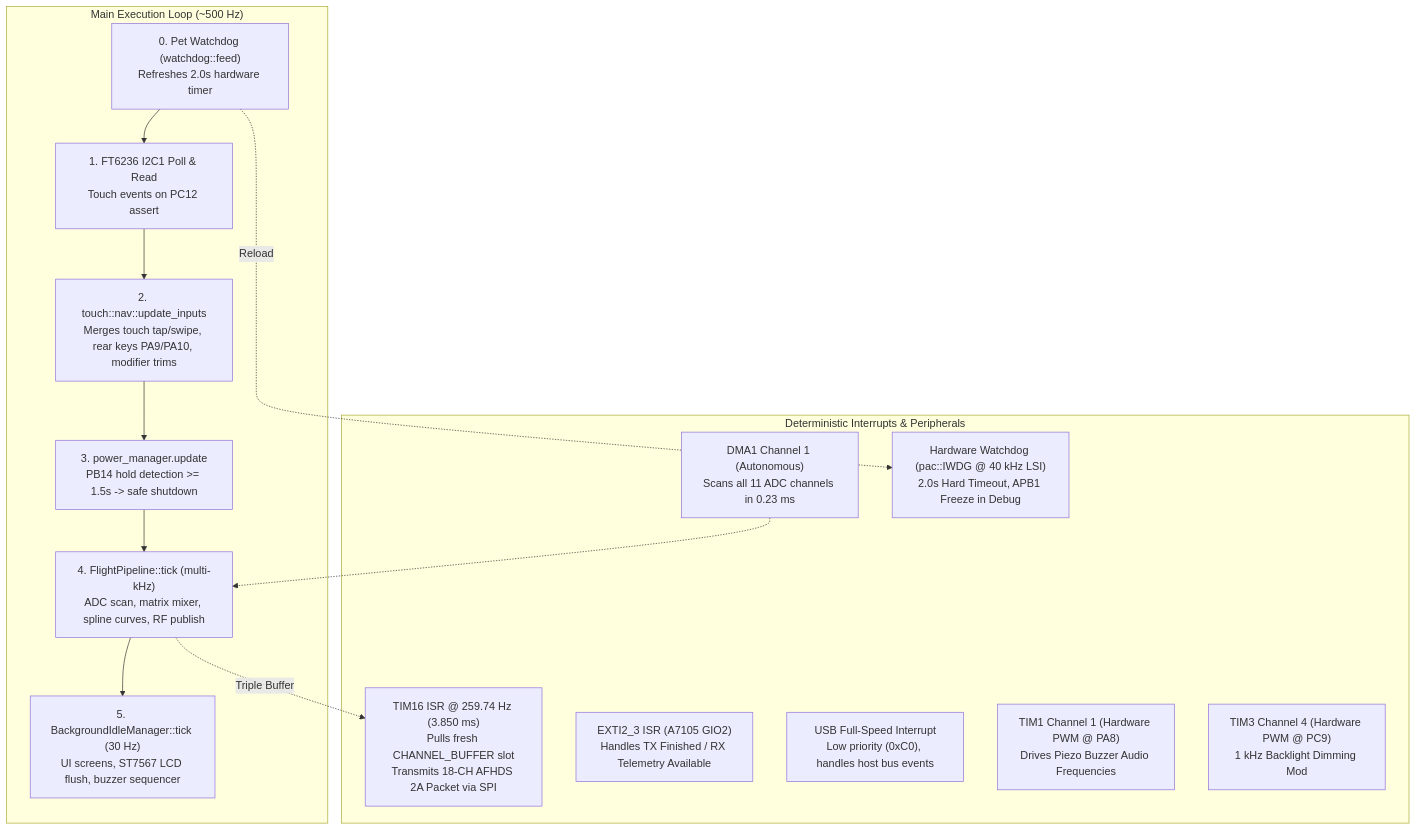
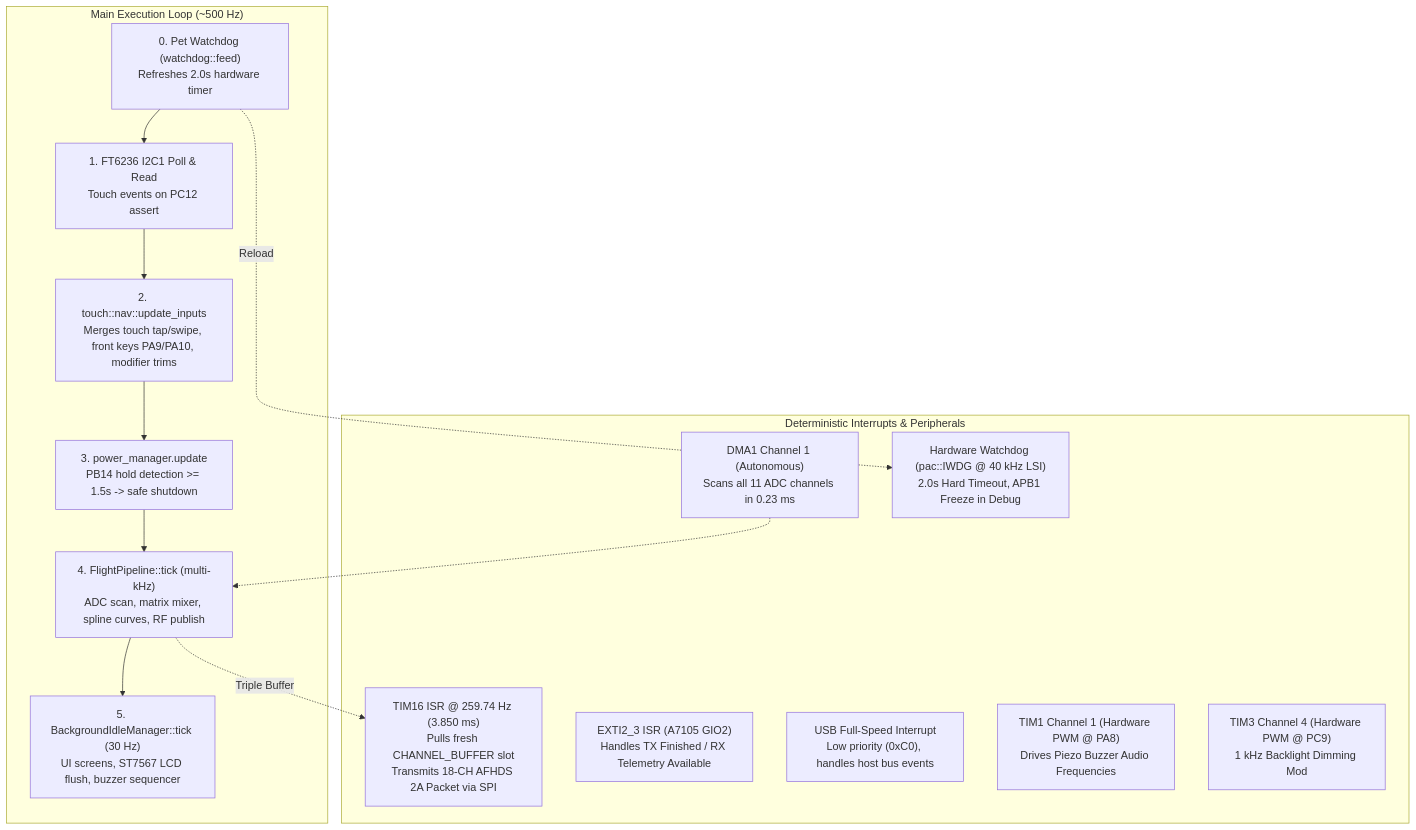
One commit to ferrox-rc/flysky-i6s-rs changed the first of 2 diagrams in docs/ARCHITECTURE.md. Above: the diagram before and after it, drawn with Mermaid. The commit also changed 8 other files, not shown here.

First line of the commit message:
feat(touch): gate touch_to_nav_keys behind valid touch samples and configure front buttons

````diff
--- a/docs/ARCHITECTURE.md
+++ b/docs/ARCHITECTURE.md
@@ -23,26 +23,26 @@
 ```mermaid
 flowchart TD
     subgraph Hardware_Timers ["Deterministic Interrupts & Peripherals"]
         TIM16["TIM16 ISR @ 259.74 Hz (3.850 ms)<br>Pulls fresh CHANNEL_BUFFER slot<br>Transmits 18-CH AFHDS 2A Packet via SPI"]
         EXTI["EXTI2_3 ISR (A7105 GIO2)<br>Handles TX Finished / RX Telemetry Available"]
         DMA["DMA1 Channel 1 (Autonomous)<br>Scans all 11 ADC channels in 0.23 ms"]
         USB_IRQ["USB Full-Speed Interrupt<br>Low priority (0xC0), handles host bus events"]
         PWM_Audio["TIM1 Channel 1 (Hardware PWM @ PA8)<br>Drives Piezo Buzzer Audio Frequencies"]
         PWM_BL["TIM3 Channel 4 (Hardware PWM @ PC9)<br>1 kHz Backlight Dimming Mod"]
         IWDG["Hardware Watchdog (pac::IWDG @ 40 kHz LSI)<br>2.0s Hard Timeout, APB1 Freeze in Debug"]
     end
 
     subgraph Main_Thread ["Main Execution Loop (~500 Hz)"]
         WDT_Feed["0. Pet Watchdog (watchdog::feed)<br>Refreshes 2.0s hardware timer"]
         Touch_Poll["1. FT6236 I2C1 Poll & Read<br>Touch events on PC12 assert"]
-        Nav_Update["2. touch::nav::update_inputs<br>Merges touch tap/swipe, rear keys PA9/PA10, modifier trims"]
+        Nav_Update["2. touch::nav::update_inputs<br>Merges touch tap/swipe, front keys PA9/PA10, modifier trims"]
         Power_Tick["3. power_manager.update<br>PB14 hold detection >= 1.5s -> safe shutdown"]
         Flight_Tick["4. FlightPipeline::tick (multi-kHz)<br>ADC scan, matrix mixer, spline curves, RF publish"]
         Idle_Tick["5. BackgroundIdleManager::tick (30 Hz)<br>UI screens, ST7567 LCD flush, buzzer sequencer"]
     end
 
     DMA -.-> Flight_Tick
     WDT_Feed --> Touch_Poll --> Nav_Update --> Power_Tick --> Flight_Tick --> Idle_Tick
     Flight_Tick -. Triple Buffer .-> TIM16
     WDT_Feed -. Reload .-> IWDG
 ```
````
